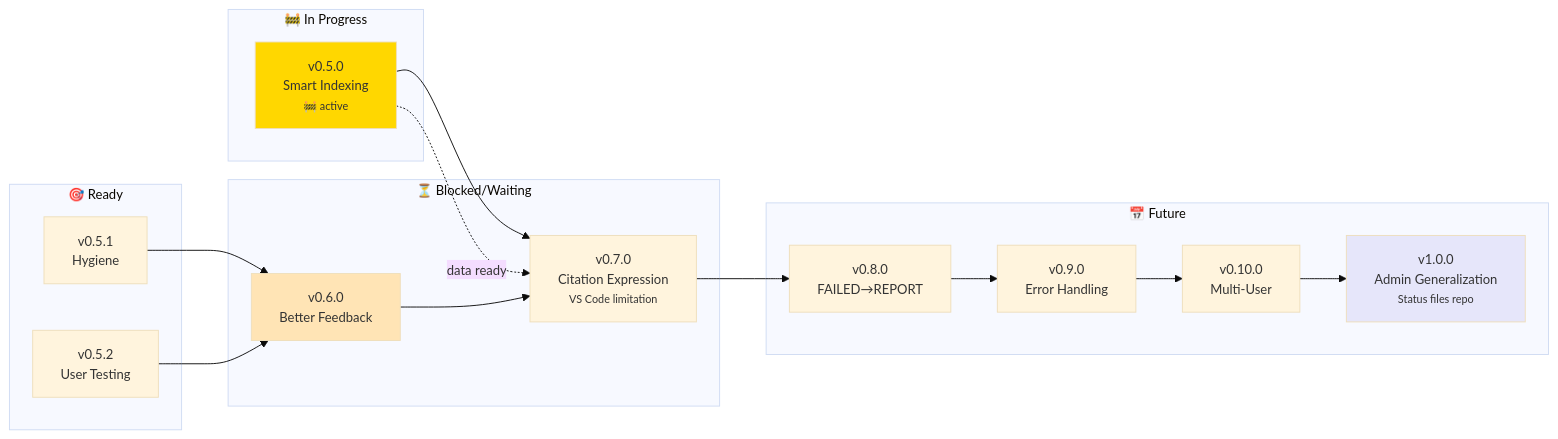
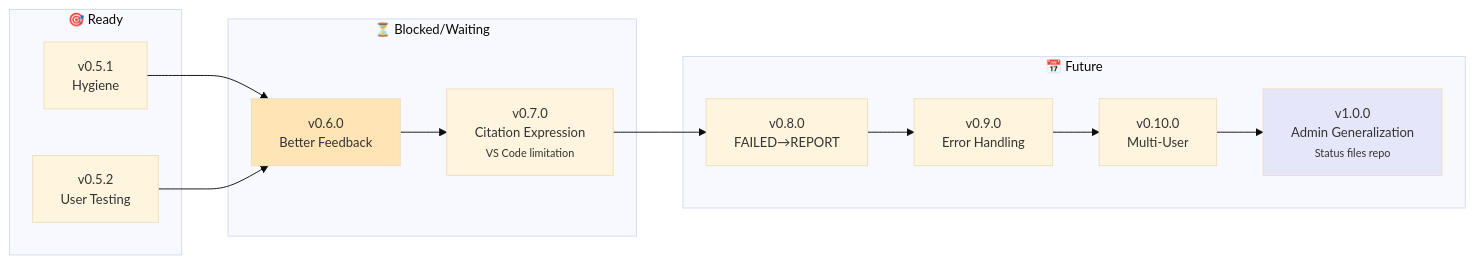
Before and after one commit to nonlinear/personal-library: the diagram in engine/docs/ROADMAP.md, drawn with Mermaid. The commit also changed other lines of this file and 1 other file, not shown here.

First line of the commit message:
release: v0.5.0 - Smart Indexing

````diff
--- a/engine/docs/ROADMAP.md
+++ b/engine/docs/ROADMAP.md
@@ -3,38 +3,31 @@
 ```mermaid
 %%{init: {'theme':'base', 'themeVariables': { 'fontSize':'14px'}}}%%
 graph LR
-    subgraph "🚧 In Progress"
-        V5A[v0.5.0<br/>Smart Indexing<br/><small>🚧 active</small>]
-    end
-
     subgraph "🎯 Ready"
         V5B[v0.5.1<br/>Hygiene]
         V5C[v0.5.2<br/>User Testing]
     end
 
     subgraph "⏳ Blocked/Waiting"
         V7[v0.7.0<br/>Citation Expression<br/><small>VS Code limitation</small>]
         V6[v0.6.0<br/>Better Feedback]
     end
 
     subgraph "📅 Future"
         V8[v0.8.0<br/>FAILED→REPORT]
         V9[v0.9.0<br/>Error Handling]
         V10[v0.10.0<br/>Multi-User]
         ADMIN[v1.0.0<br/>Admin Generalization<br/><small>Status files repo</small>]
     end
 
-    V5A --> V7
-    V5A -.data ready.-> V7
     V5B --> V6
     V5C --> V6
     V6 --> V7
     V7 --> V8
     V8 --> V9
     V9 --> V10
     V10 --> ADMIN
 
-    style V5A fill:#FFD700
     style V6 fill:#FFE4B5
     style ADMIN fill:#E6E6FA
 ```
````
